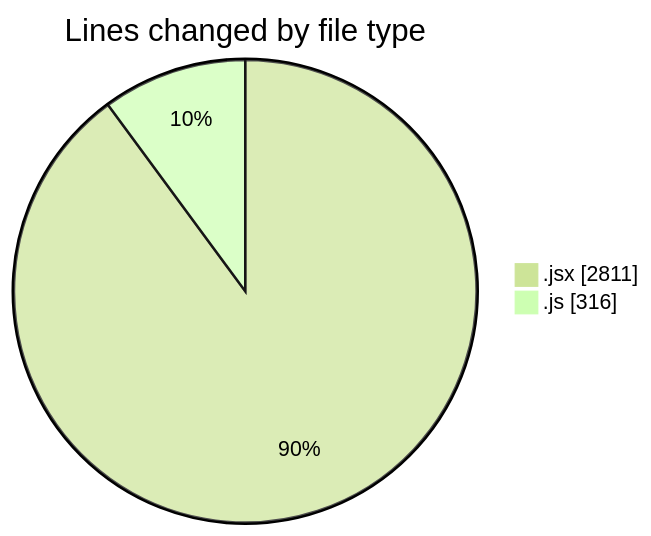
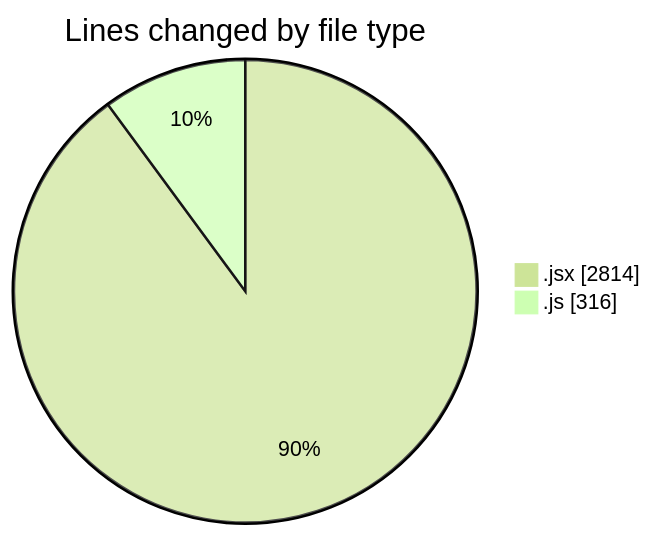
The first of 2 diagrams in 2025-07-10/argos/README.md (nxtqubesakshisongat/code-tracking), drawn with Mermaid (forest theme) before and after one commit. The commit also changed other lines of this file and 1 other file, not shown here.

````diff
--- a/2025-07-10/argos/README.md
+++ b/2025-07-10/argos/README.md
@@ -25,6 +25,6 @@
 ```mermaid
 pie showData
 title Lines changed by file type
-".jsx" : 2811
+".jsx" : 2814
 ".js" : 316
 ```
````
